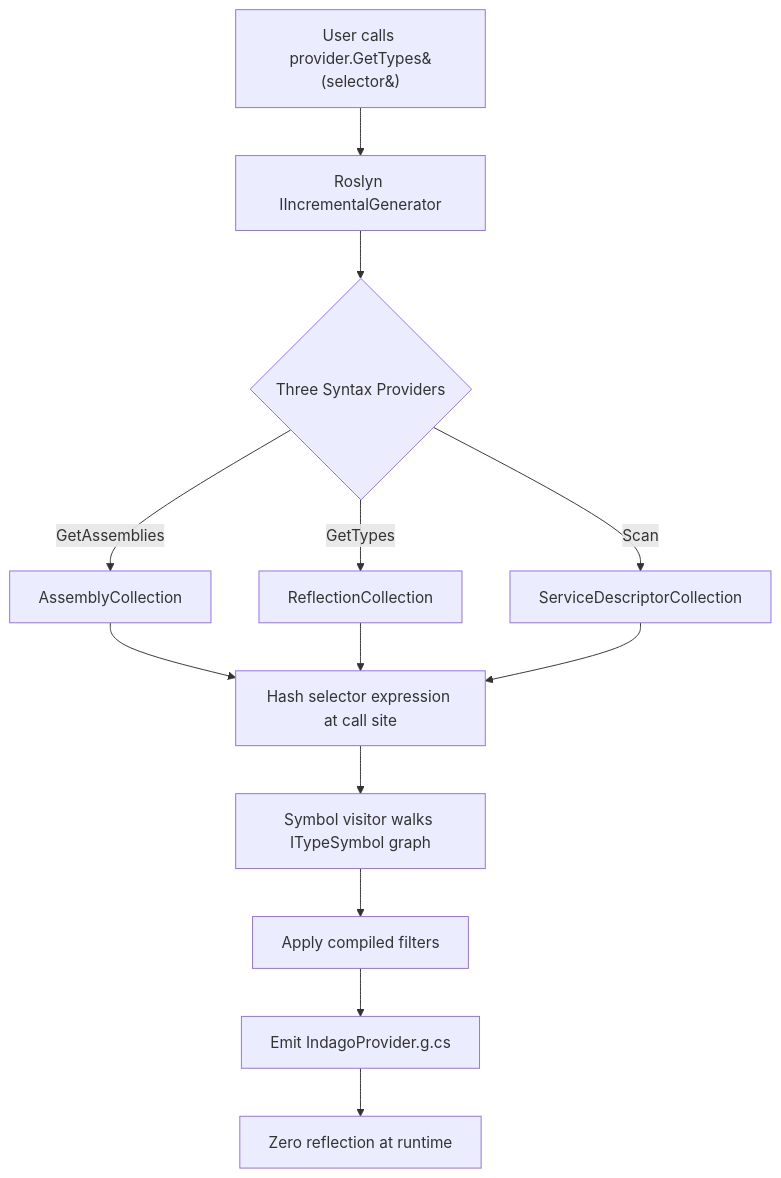
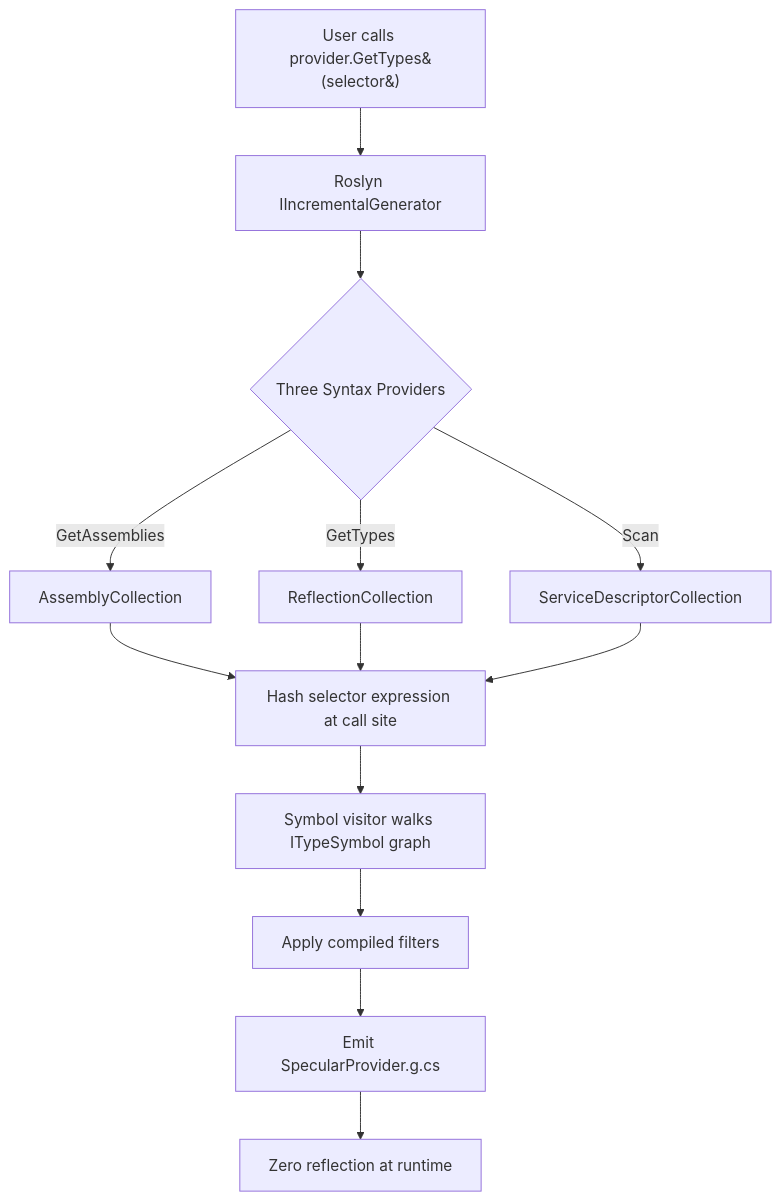
One commit to RocketSurgeonsGuild/Specular changed the diagram in docs/src/content/docs/architecture/how-it-works.md. Above: the diagram before and after it, drawn with Mermaid. The commit also changed other lines of this file and 2695 other files, not shown here.

````diff
--- a/docs/src/content/docs/architecture/how-it-works.md
+++ b/docs/src/content/docs/architecture/how-it-works.md
@@ -72,13 +72,13 @@
 ```mermaid
 flowchart TD
     A[User calls provider.GetTypes&#40;selector&#41;] --> B[Roslyn IIncrementalGenerator]
     B --> C{Three Syntax Providers}
     C -->|GetAssemblies| D[AssemblyCollection]
     C -->|GetTypes| E[ReflectionCollection]
     C -->|Scan| F[ServiceDescriptorCollection]
     D & E & F --> G[Hash selector expression at call site]
     G --> H[Symbol visitor walks ITypeSymbol graph]
     H --> I[Apply compiled filters]
-    I --> J[Emit IndagoProvider.g.cs]
+    I --> J[Emit SpecularProvider.g.cs]
     J --> K[Zero reflection at runtime]
 ```
````
